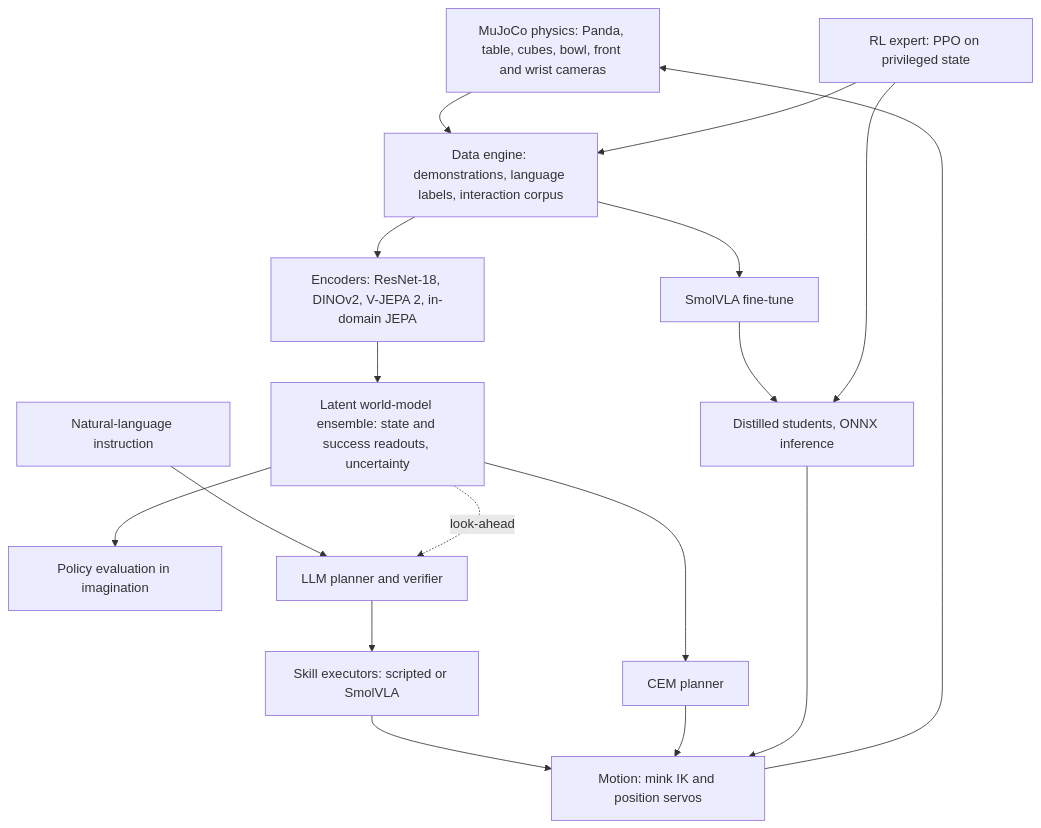
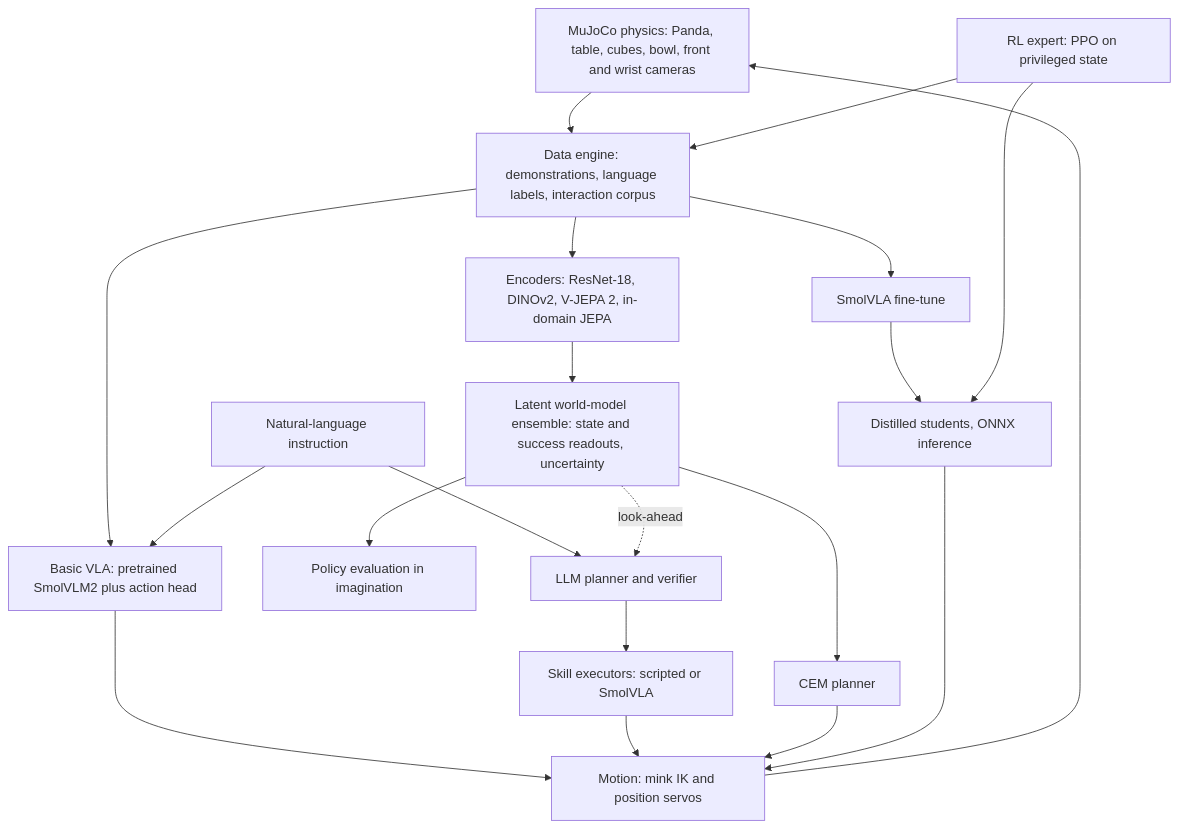
The diagram in docs/roadmap.md (vabdollahi/blindspot), drawn with Mermaid before and after one commit. The commit also changed other lines of this file and 3 other files, not shown here.

Commit message:
add training a prototype vla to the roadmap

````diff
--- a/docs/roadmap.md
+++ b/docs/roadmap.md
@@ -63,19 +63,22 @@
 ```mermaid
 flowchart TB
     PH[MuJoCo physics: Panda, table, cubes, bowl, front and wrist cameras] --> DE[Data engine: demonstrations, language labels, interaction corpus]
     RL[RL expert: PPO on privileged state] --> DE
+    DE --> BASICVLA[Basic VLA: pretrained SmolVLM2 plus action head]
     DE --> VLA[SmolVLA fine-tune]
+    U[Natural-language instruction] --> BASICVLA
+    BASICVLA --> CT
     DE --> ENC[Encoders: ResNet-18, DINOv2, V-JEPA 2, in-domain JEPA]
     ENC --> WM[Latent world-model ensemble: state and success readouts, uncertainty]
     WM --> PLN[CEM planner]
     WM --> PE[Policy evaluation in imagination]
     VLA --> ST[Distilled students, ONNX inference]
     RL --> ST
-    U[Natural-language instruction] --> AG[LLM planner and verifier]
+    U --> AG[LLM planner and verifier]
     AG --> EX[Skill executors: scripted or SmolVLA]
     WM -. look-ahead .-> AG
     EX --> CT[Motion: mink IK and position servos]
     PLN --> CT
     ST --> CT
     CT --> PH
 ```
````
